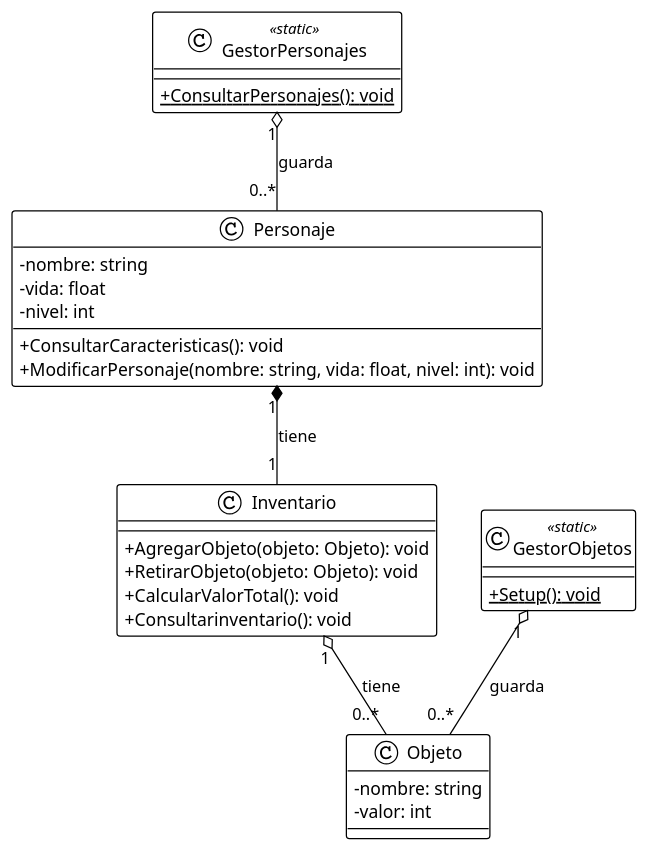
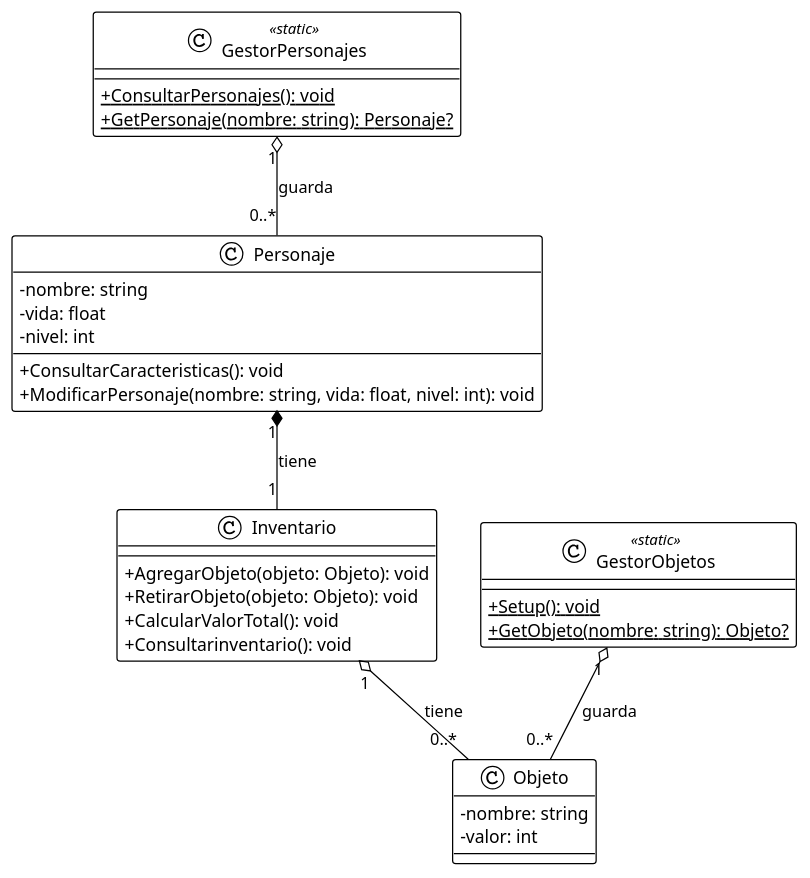
One commit to JoseVahosUPB/EjercicioGestorPersonajesRepo changed the diagram in Diagrams/Diagrama de clases.puml. Above: the diagram before and after it, drawn with PlantUML. The commit also changed 5 other files, not shown here.

```diff
--- a/Diagrams/Diagrama de clases.puml
+++ b/Diagrams/Diagrama de clases.puml
@@ -1,36 +1,38 @@
 @startuml
 skinparam classAttributeIconSize 0
 !theme plain
 
 class GestorPersonajes <<static>>{
     {static} +ConsultarPersonajes(): void
+    {static} +GetPersonaje(nombre: string): Personaje?
 }
 class GestorObjetos <<static>>{
     {static} +Setup(): void
+    {static} +GetObjeto(nombre: string): Objeto?
 }
 class Personaje{
     -nombre: string
     -vida: float
     -nivel: int
     +ConsultarCaracteristicas(): void
     +ModificarPersonaje(nombre: string, vida: float, nivel: int): void
 }
 class Inventario{
     +AgregarObjeto(objeto: Objeto): void
     +RetirarObjeto(objeto: Objeto): void
     +CalcularValorTotal(): void
     +Consultarinventario(): void
 }
 class Objeto{
     -nombre: string
     -valor: int
 }
 
 GestorPersonajes "1" o-- "0..*" Personaje: guarda
 GestorObjetos "1" o-- "0..*" Objeto: guarda
 
 Personaje "1" *-- "1" Inventario: tiene
 
 Inventario "1" o-- "0..*" Objeto: tiene
 
 @enduml
```
